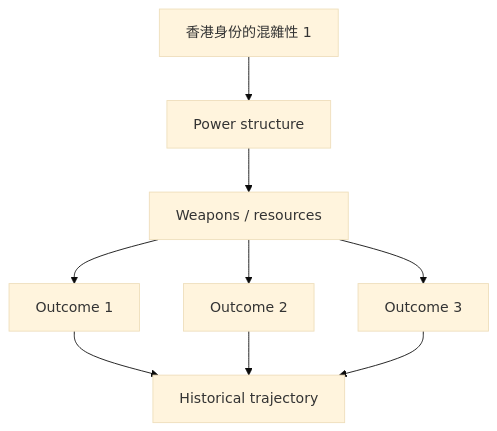
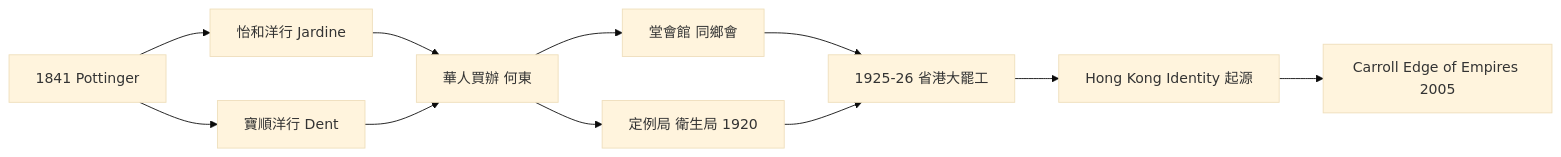
Before and after one commit to yip-lgtm/HKU-Harvard-History-Self-Study: the second of 10 diagrams in 01_HKU_Courses/HIST1017_Modern_Hong_Kong.md, drawn with Mermaid (base theme). The commit also changed other lines of this file and 7 other files, not shown here.

````diff
--- a/01_HKU_Courses/HIST1017_Modern_Hong_Kong.md
+++ b/01_HKU_Courses/HIST1017_Modern_Hong_Kong.md
@@ -226,11 +238,13 @@
 ```mermaid
-graph TD
-    A[香港身份的混雜性 1] --> B[Power structure]
-    B --> C[Weapons / resources]
-    C --> D[Outcome 1]
-    C --> E[Outcome 2]
-    C --> F[Outcome 3]
-    D --> G[Historical trajectory]
-    E --> G
+graph LR
+    A[1841 Pottinger] --> B[怡和洋行 Jardine]
+    A --> C[寶順洋行 Dent]
+    B --> D[華人買辦 何東]
+    C --> D
+    D --> E[堂會館 同鄉會]
+    D --> F[定例局 衛生局 1920]
+    E --> G[1925-26 省港大罷工]
     F --> G
+    G --> H[Hong Kong Identity 起源]
+    H --> I[Carroll Edge of Empires 2005]
 ```
````
